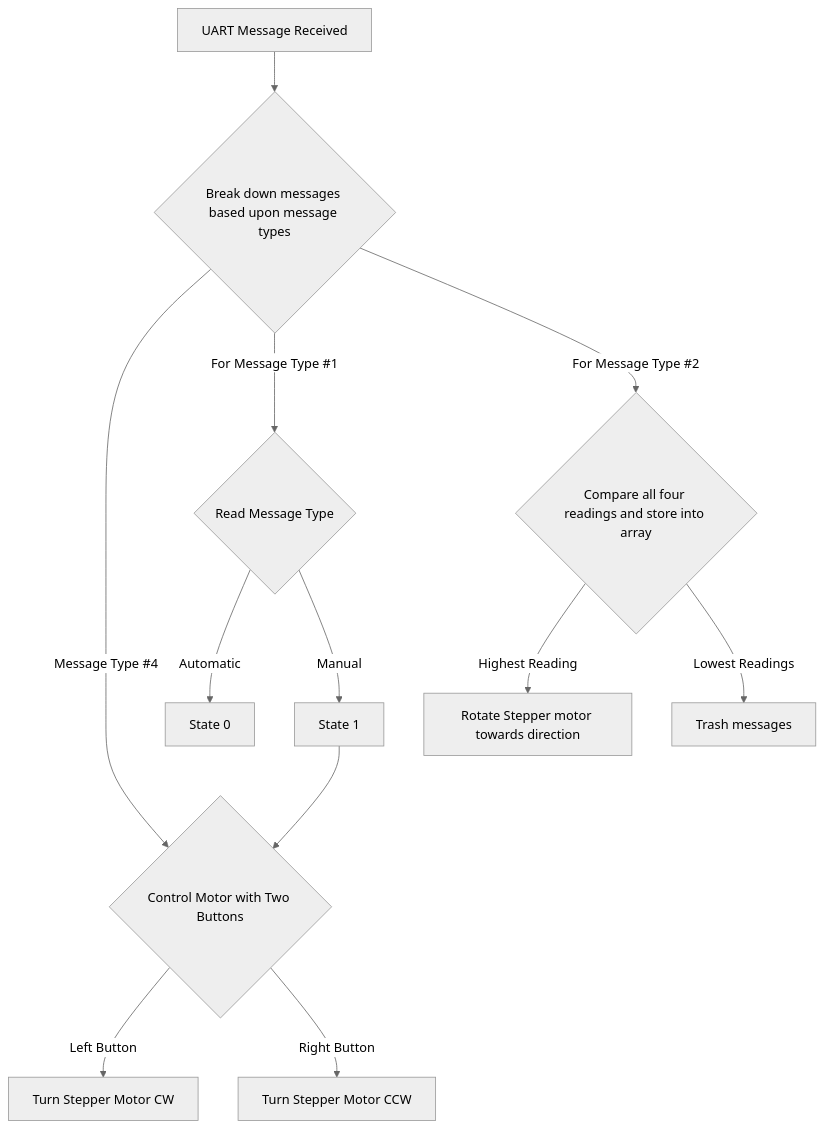
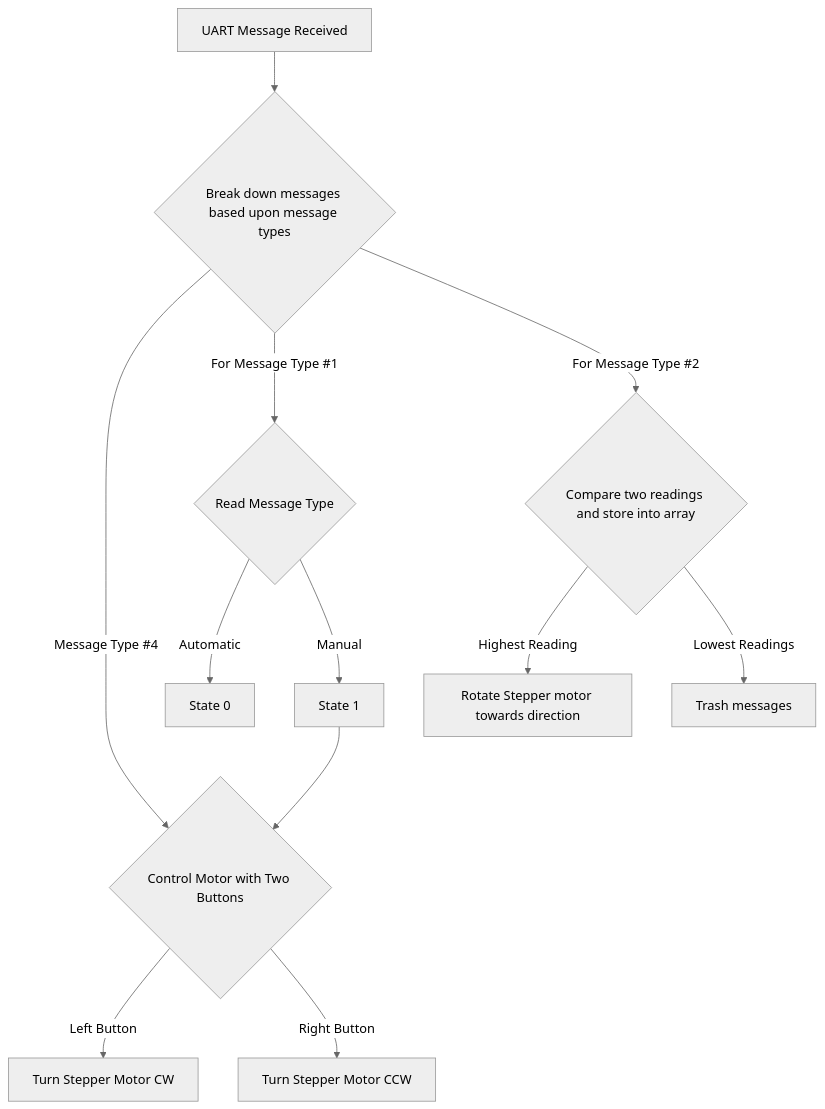
The diagram in docs/API.md (shonha/EGR314SSH.github.io), drawn with Mermaid (neutral theme) before and after one commit.

````diff
--- a/docs/API.md
+++ b/docs/API.md
@@ -75,12 +75,12 @@
 ```mermaid
 flowchart TD
     A[UART Message Received] --> B{Break down messages based upon message types}
     B --> |Message Type #4|K
     B --> |For Message Type #1| D{Read Message Type} -->|Automatic| G[State 0] 
     D -->|Manual| J[State 1]
-    B -->|For Message Type #2| E{Compare all four readings and store into array} -->|Highest Reading| H[Rotate Stepper motor towards direction]
+    B -->|For Message Type #2| E{Compare two readings and store into array} -->|Highest Reading| H[Rotate Stepper motor towards direction]
     E-->|Lowest Readings|L[Trash messages]
     J -->  K{Control Motor with Two Buttons}
     K --> |Left Button| C[Turn Stepper Motor CW]
     K --> |Right Button| M[Turn Stepper Motor CCW]
 ```
````
